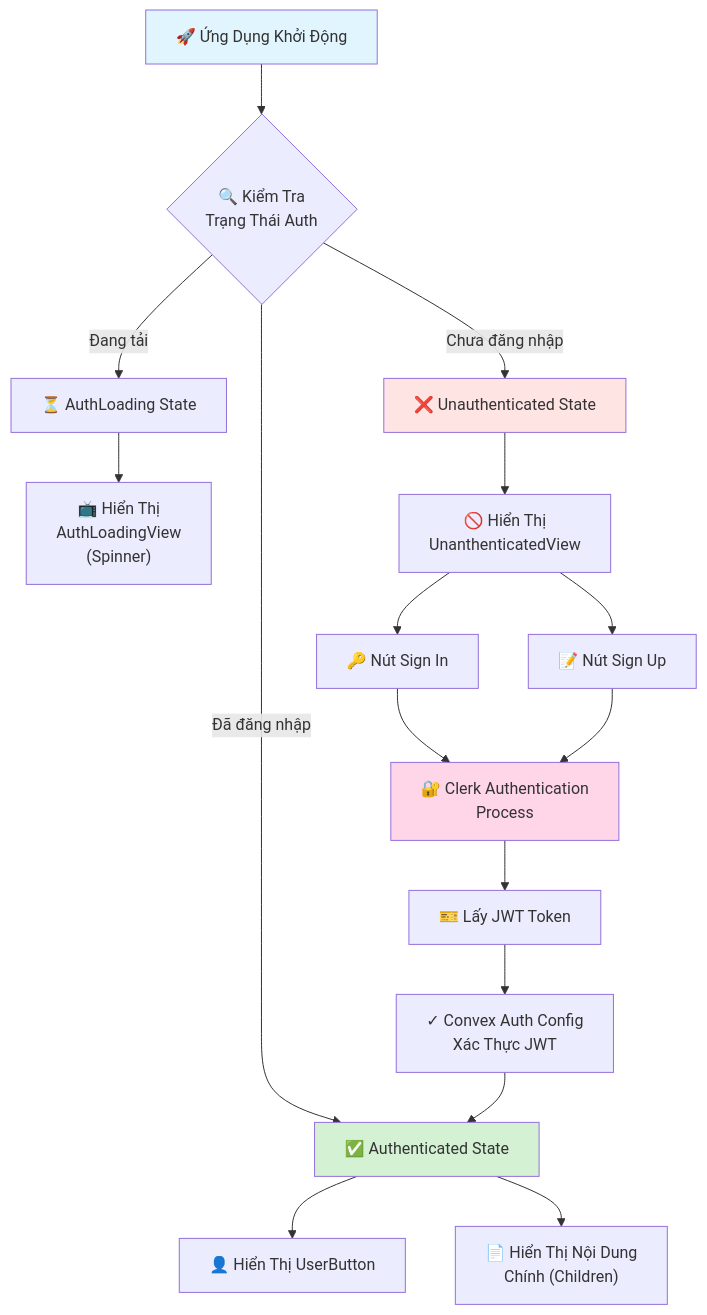
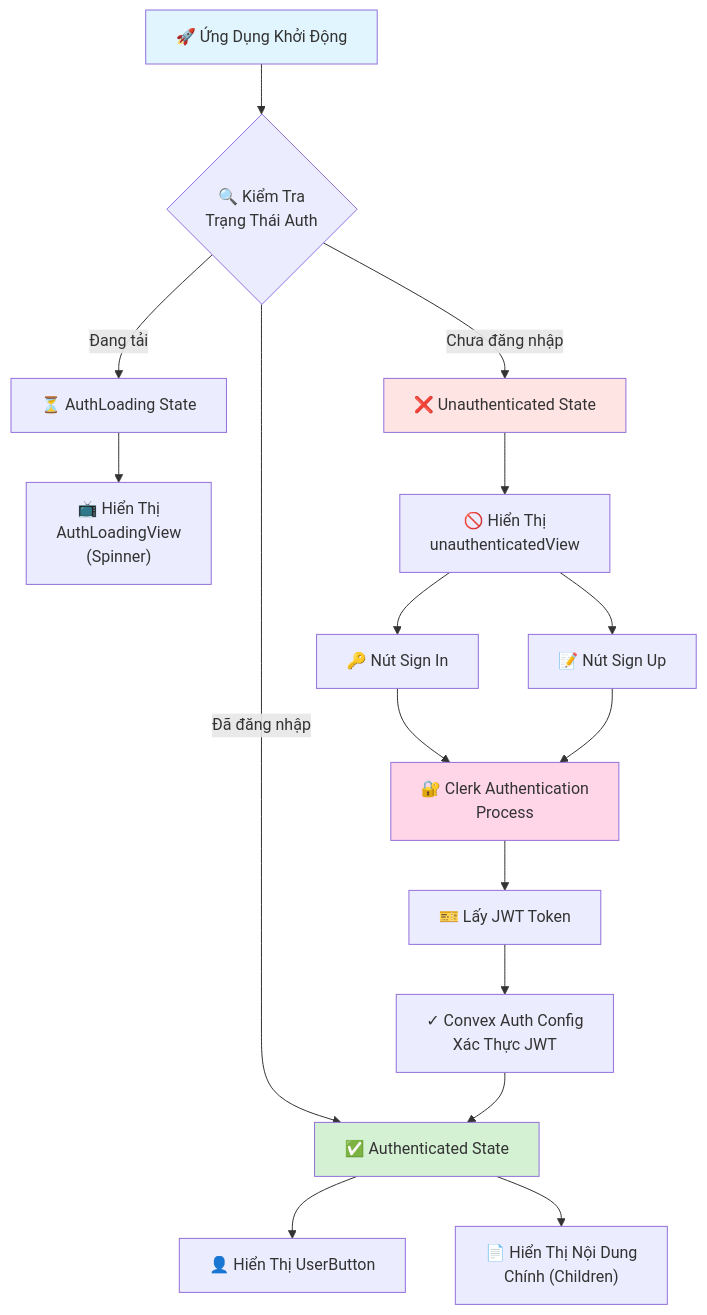
The second of 7 diagrams in docs/business-logic-mindmap.md (Code-with-Jok/v0-dev), drawn with Mermaid before and after one commit. The commit also changed other lines of this file and 4 other files, not shown here.

Commit message:
feat: Add unauthenticated view component, Convex TypeScript configuration, and extensive documentation including business logic mindmap and setup guides.

````diff
--- a/docs/business-logic-mindmap.md
+++ b/docs/business-logic-mindmap.md
@@ -65,46 +65,46 @@
 ```mermaid
 flowchart TD
     Start["🚀 Ứng Dụng Khởi Động"]
     CheckAuth{"🔍 Kiểm Tra<br/>Trạng Thái Auth"}
 
     Loading["⏳ AuthLoading State"]
     ShowLoadingView["📺 Hiển Thị<br/>AuthLoadingView<br/>(Spinner)"]
 
     Authenticated["✅ Authenticated State"]
     ShowUserButton["👤 Hiển Thị UserButton"]
     ShowContent["📄 Hiển Thị Nội Dung<br/>Chính (Children)"]
 
     Unauthenticated["❌ Unauthenticated State"]
-    ShowUnauth["🚫 Hiển Thị<br/>UnanthenticatedView"]
+    ShowUnauth["🚫 Hiển Thị<br/>unauthenticatedView"]
     SignInBtn["🔑 Nút Sign In"]
     SignUpBtn["📝 Nút Sign Up"]
 
     ClerkAuth["🔐 Clerk Authentication<br/>Process"]
     GetJWT["🎫 Lấy JWT Token"]
     ConvexAuth["✓ Convex Auth Config<br/>Xác Thực JWT"]
 
     Start --> CheckAuth
 
     CheckAuth -->|"Đang tải"| Loading
     Loading --> ShowLoadingView
 
     CheckAuth -->|"Đã đăng nhập"| Authenticated
     Authenticated --> ShowUserButton
     Authenticated --> ShowContent
 
     CheckAuth -->|"Chưa đăng nhập"| Unauthenticated
     Unauthenticated --> ShowUnauth
     ShowUnauth --> SignInBtn
     ShowUnauth --> SignUpBtn
 
     SignInBtn --> ClerkAuth
     SignUpBtn --> ClerkAuth
     ClerkAuth --> GetJWT
     GetJWT --> ConvexAuth
     ConvexAuth --> Authenticated
 
     style Start fill:#e1f5ff
     style Authenticated fill:#d4f1d4
     style Unauthenticated fill:#ffe4e4
     style ClerkAuth fill:#ffd6e8
 ```
````
